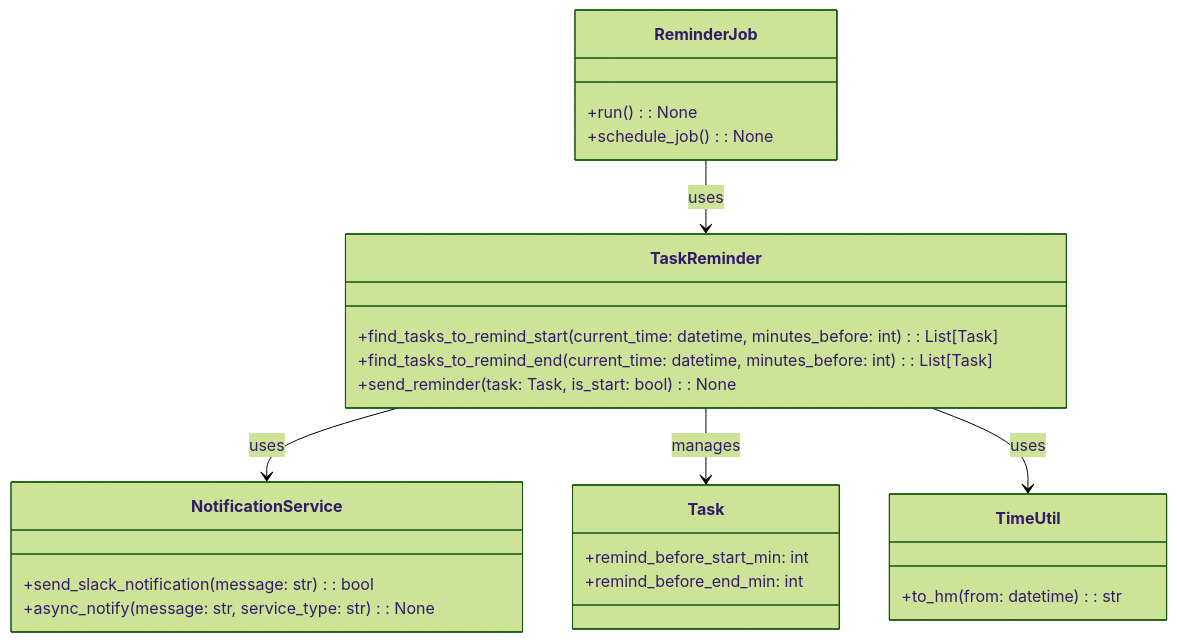
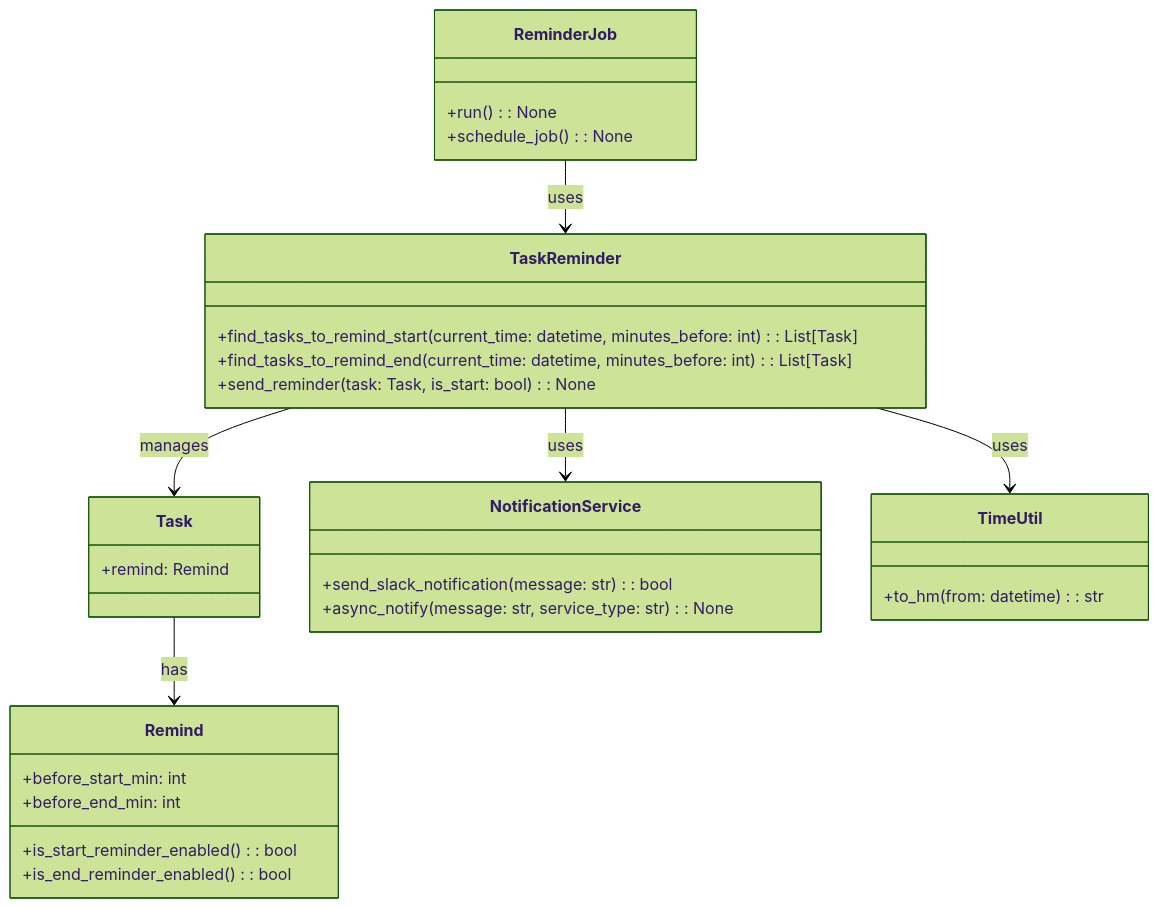
Before and after one commit to shuhei1101/notion-taskr: the second of 2 diagrams in docs/issues/issue-762/762-requirement.md, drawn with Mermaid (forest theme). The commit also changed other lines of this file, not shown here.

````diff
--- a/docs/issues/issue-762/762-requirement.md
+++ b/docs/issues/issue-762/762-requirement.md
@@ -125,32 +138,39 @@
 ```mermaid
 classDiagram
+    class Remind {
+        +before_start_min: int
+        +before_end_min: int
+        +is_start_reminder_enabled(): bool
+        +is_end_reminder_enabled(): bool
+    }
+    
     class Task {
-        +remind_before_start_min: int
-        +remind_before_end_min: int
+        +remind: Remind
     }
     
     class TaskReminder {
         +find_tasks_to_remind_start(current_time: datetime, minutes_before: int): List[Task]
         +find_tasks_to_remind_end(current_time: datetime, minutes_before: int): List[Task]
         +send_reminder(task: Task, is_start: bool): None
     }
     
     class NotificationService {
         +send_slack_notification(message: str): bool
         +async_notify(message: str, service_type: str): None
     }
     
     class ReminderJob {
         +run(): None
         +schedule_job(): None
     }
     
     class TimeUtil {
         +to_hm(from: datetime): str
     }
     
+    Task --> Remind: has
     ReminderJob --> TaskReminder: uses
     TaskReminder --> NotificationService: uses
     TaskReminder --> Task: manages
     TaskReminder --> TimeUtil: uses
 ```
````
